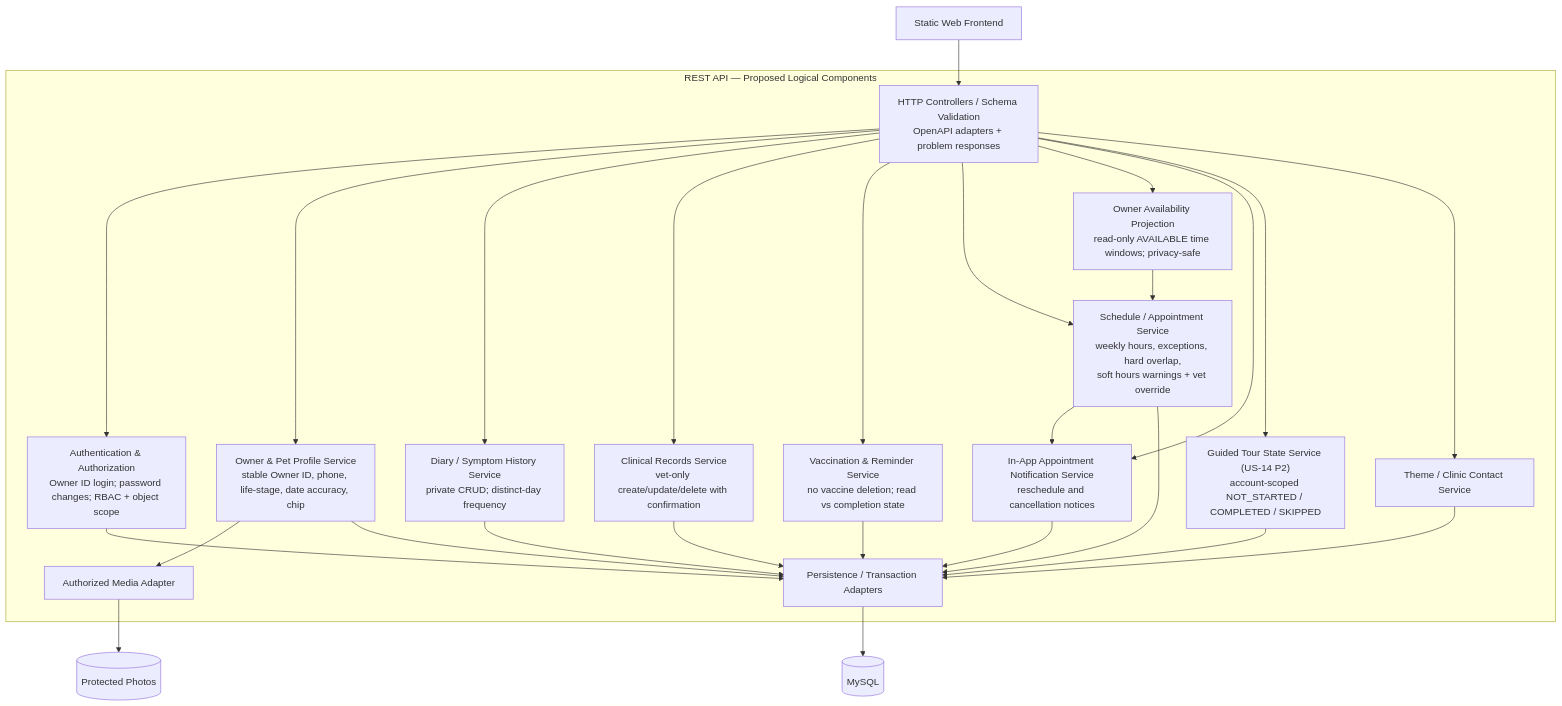
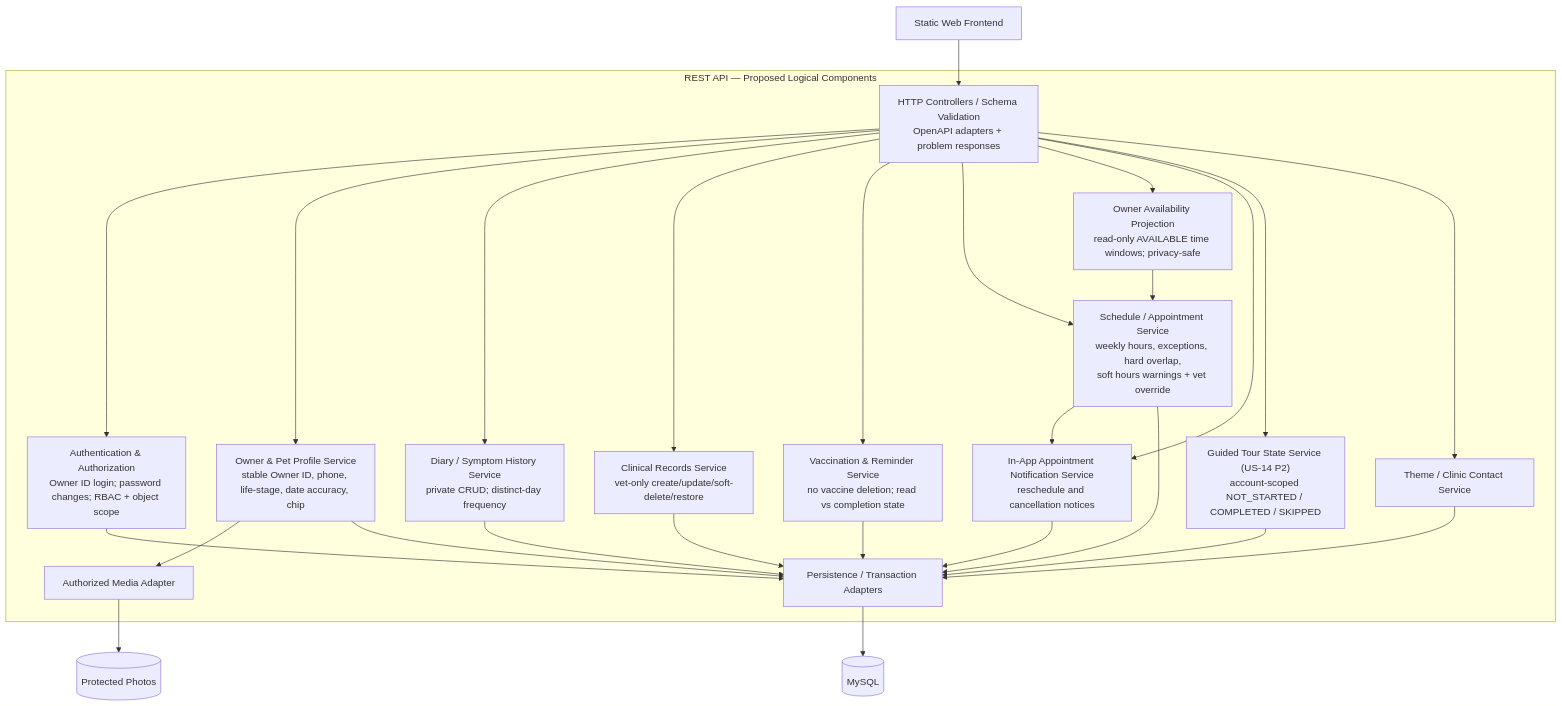
The third of 3 diagrams in docs/architecture/c4-architecture.md (Efesen10/Pawthy), drawn with Mermaid before and after one commit. The commit also changed other lines of this file, not shown here.

Commit message:
docs(architecture): update C4 for new SRS 5.2 interfaces and soft delete

````diff
--- a/docs/architecture/c4-architecture.md
+++ b/docs/architecture/c4-architecture.md
@@ -65,46 +65,46 @@
 ```mermaid
 flowchart TB
   UI["Static Web Frontend"]
   subgraph BACKEND["REST API — Proposed Logical Components"]
     CTRL["HTTP Controllers / Schema Validation<br/>OpenAPI adapters + problem responses"]
     AUTH["Authentication & Authorization<br/>Owner ID login; password changes; RBAC + object scope"]
     OWNER["Owner & Pet Profile Service<br/>stable Owner ID, phone, life-stage, date accuracy, chip"]
     DIARY["Diary / Symptom History Service<br/>private CRUD; distinct-day frequency"]
-    CLINICAL["Clinical Records Service<br/>vet-only create/update/delete with confirmation"]
+    CLINICAL["Clinical Records Service<br/>vet-only create/update/soft-delete/restore"]
     VACC["Vaccination & Reminder Service<br/>no vaccine deletion; read vs completion state"]
     CAL["Schedule / Appointment Service<br/>weekly hours, exceptions, hard overlap,<br/>soft hours warnings + vet override"]
     AVAIL["Owner Availability Projection<br/>read-only AVAILABLE time windows; privacy-safe"]
     NOTICE["In-App Appointment Notification Service<br/>reschedule and cancellation notices"]
     TOUR["Guided Tour State Service (US-14 P2)<br/>account-scoped NOT_STARTED / COMPLETED / SKIPPED"]
     PREF["Theme / Clinic Contact Service"]
     REPO["Persistence / Transaction Adapters"]
     PHOTOS["Authorized Media Adapter"]
   end
   DB[("MySQL")]
   MEDIA[("Protected Photos")]
   UI --> CTRL
   CTRL --> AUTH
   CTRL --> OWNER
   CTRL --> DIARY
   CTRL --> CLINICAL
   CTRL --> VACC
   CTRL --> CAL
   CTRL --> AVAIL
   CTRL --> NOTICE
   CTRL --> TOUR
   CTRL --> PREF
   AVAIL --> CAL
   CAL --> NOTICE
   OWNER --> PHOTOS
   AUTH --> REPO
   OWNER --> REPO
   DIARY --> REPO
   CLINICAL --> REPO
   VACC --> REPO
   CAL --> REPO
   NOTICE --> REPO
   TOUR --> REPO
   PREF --> REPO
   REPO --> DB
   PHOTOS --> MEDIA
 ```
````
